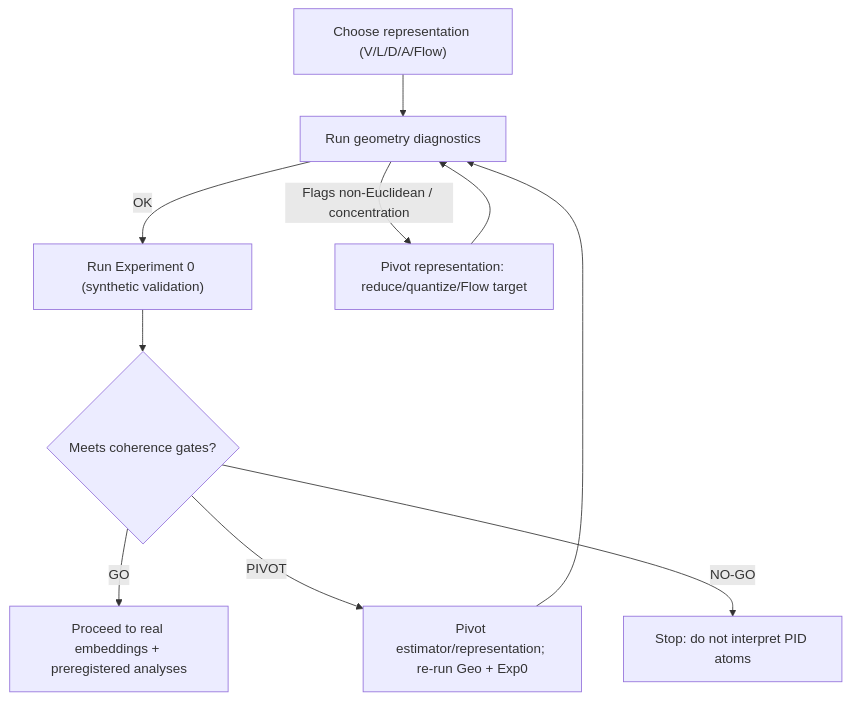
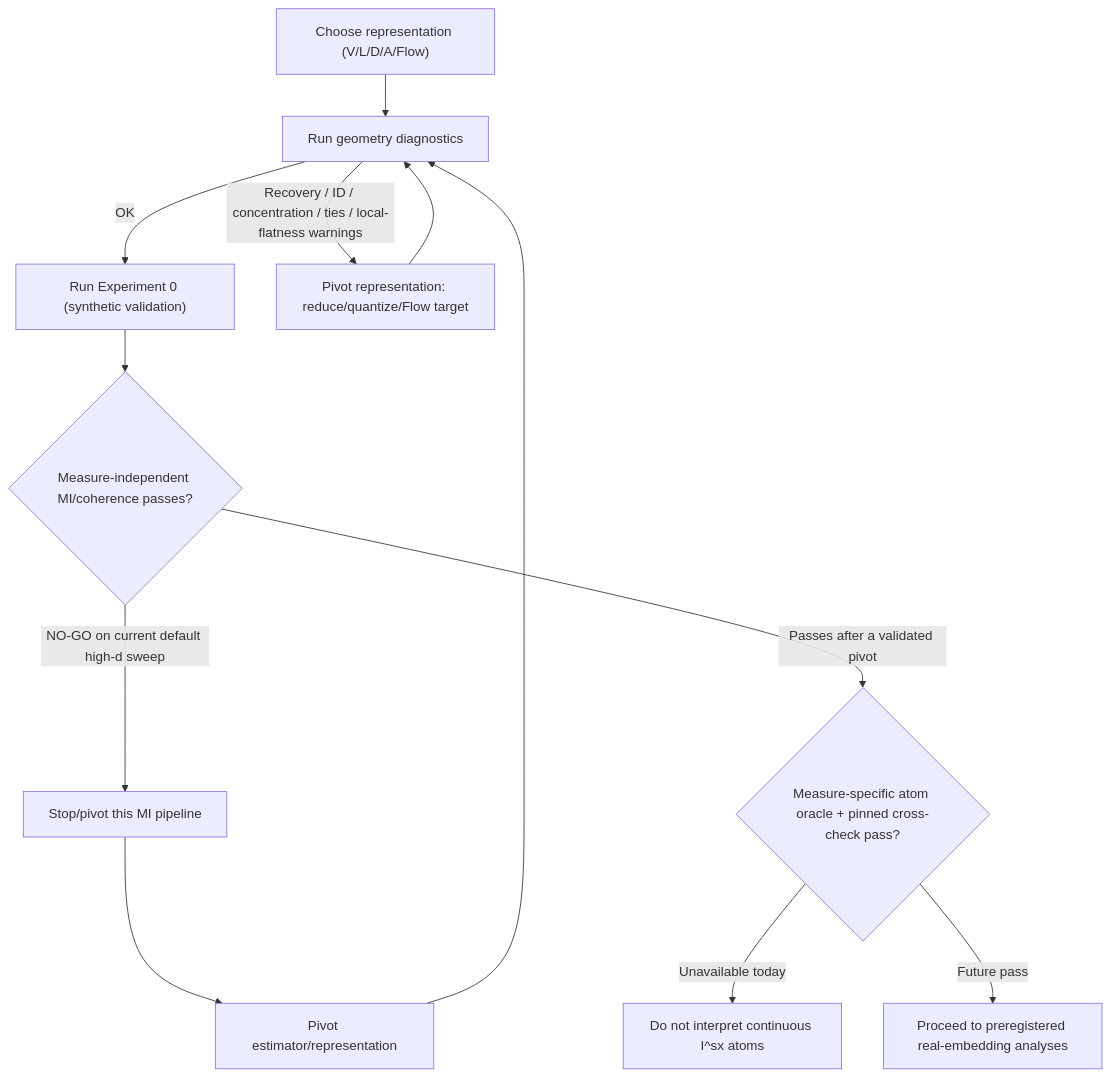
Diagram 12 of 18 in DIAGRAMS.md (sepahead/prisoma), drawn with Mermaid before and after one commit. The commit also changed other lines of this file and 20 other files, not shown here.

````diff
--- a/DIAGRAMS.md
+++ b/DIAGRAMS.md
@@ -464,14 +485,16 @@
 ```mermaid
 flowchart TD
     Start["Choose representation (V/L/D/A/Flow)"] --> Geo[Run geometry diagnostics]
     Geo -->|OK| Exp0["Run Experiment 0 (synthetic validation)"]
-    Geo -->|Flags non-Euclidean / concentration| PivotGeom[Pivot representation: reduce/quantize/Flow target]
+    Geo -->|Recovery / ID / concentration / ties / local-flatness warnings| PivotGeom[Pivot representation: reduce/quantize/Flow target]
     PivotGeom --> Geo
 
-    Exp0 --> Gate{Meets coherence gates?}
-    Gate -->|GO| Proceed[Proceed to real embeddings + preregistered analyses]
-    Gate -->|PIVOT| PivotEst[Pivot estimator/representation; re-run Geo + Exp0]
-    Gate -->|NO-GO| Stop[Stop: do not interpret PID atoms]
+    Exp0 --> MIGate{Measure-independent MI/coherence passes?}
+    MIGate -->|NO-GO on current default high-d sweep| StopMI[Stop/pivot this MI pipeline]
+    MIGate -->|Passes after a validated pivot| AtomGate{Measure-specific atom oracle + pinned cross-check pass?}
+    AtomGate -->|Unavailable today| StopAtoms[Do not interpret continuous I^sx atoms]
+    AtomGate -->|Future pass| Proceed[Proceed to preregistered real-embedding analyses]
 
+    StopMI --> PivotEst[Pivot estimator/representation]
     PivotEst --> Geo
 ```
````
